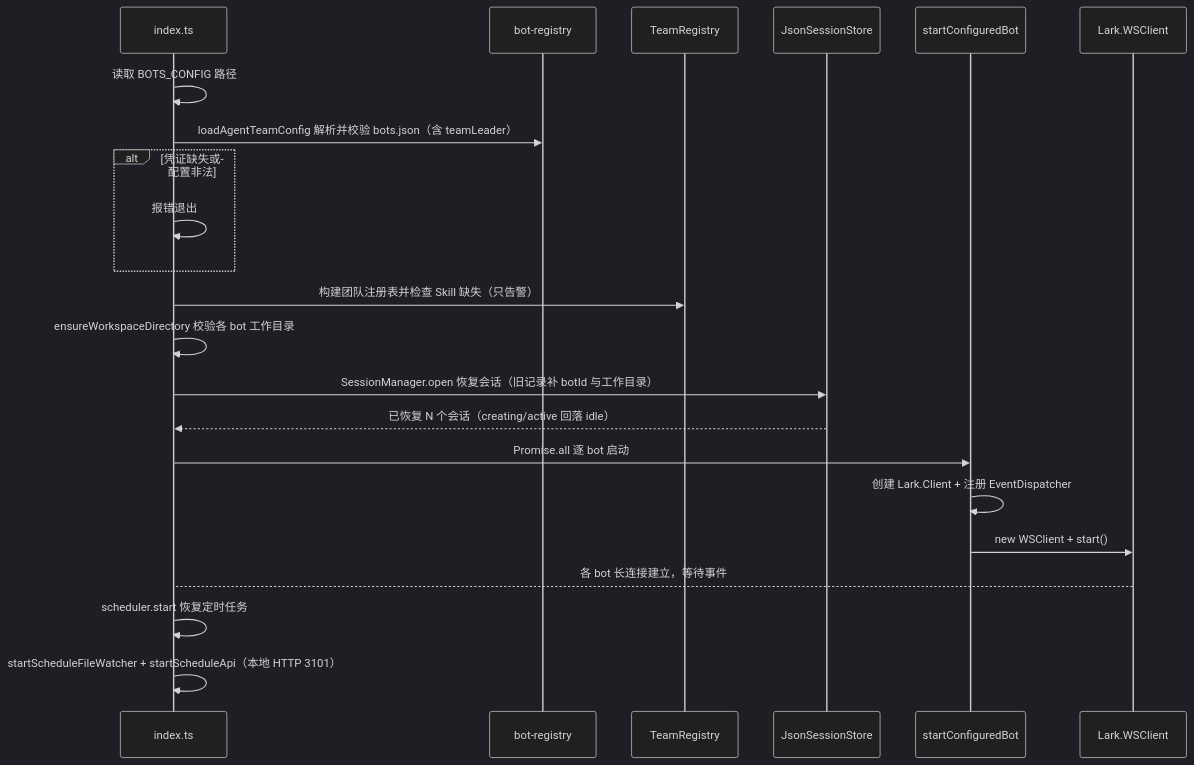
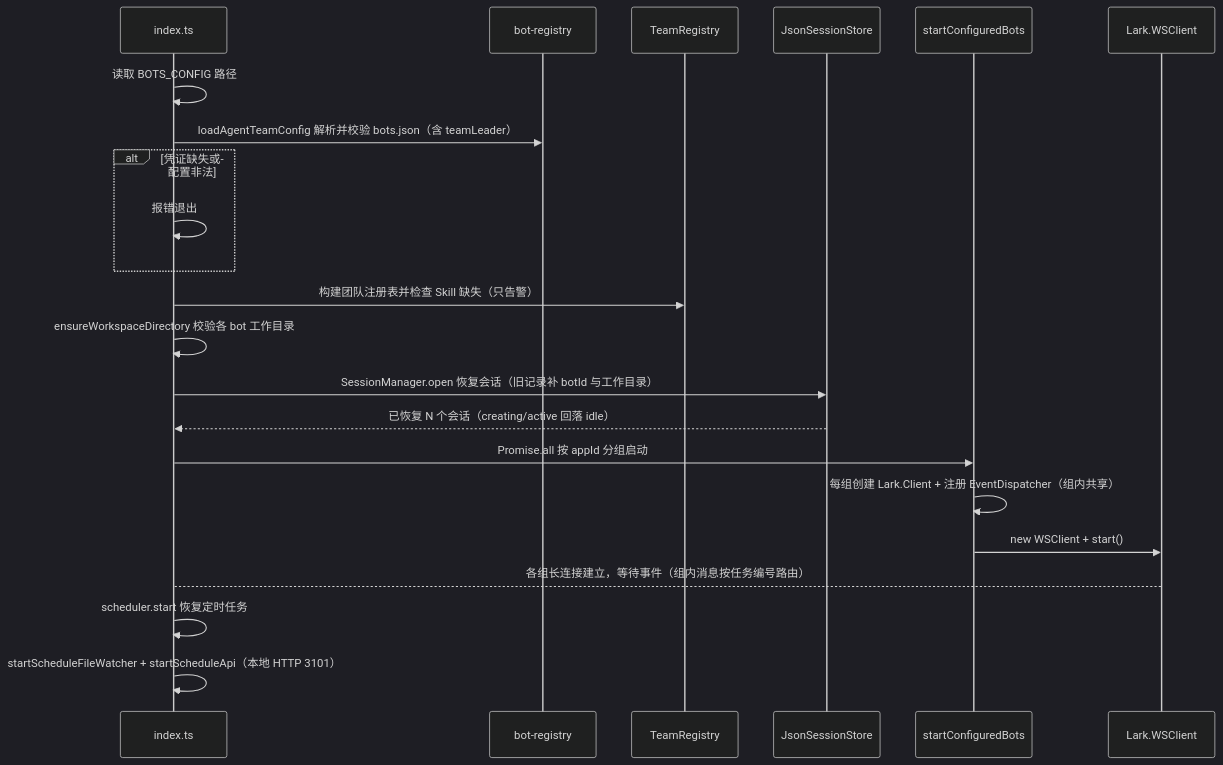
One commit to CerrorJ/Agent-Team changed the second of 2 diagrams in openwiki/architecture/overview.md. Above: the diagram before and after it, drawn with Mermaid (dark theme). The commit also changed other lines of this file and 8 other files, not shown here.

````diff
--- a/openwiki/architecture/overview.md
+++ b/openwiki/architecture/overview.md
@@ -153,25 +153,25 @@
 ```mermaid
 sequenceDiagram
     participant Entry as index.ts
     participant Reg as bot-registry
     participant Team as TeamRegistry
     participant Store as JsonSessionStore
-    participant Bot as startConfiguredBot
+    participant Bot as startConfiguredBots
     participant WS as Lark.WSClient
 
     Entry->>Entry: 读取 BOTS_CONFIG 路径
     Entry->>Reg: loadAgentTeamConfig 解析并校验 bots.json（含 teamLeader）
     alt 凭证缺失或配置非法
         Entry->>Entry: 报错退出
     end
     Entry->>Team: 构建团队注册表并检查 Skill 缺失（只告警）
     Entry->>Entry: ensureWorkspaceDirectory 校验各 bot 工作目录
     Entry->>Store: SessionManager.open 恢复会话（旧记录补 botId 与工作目录）
     Store-->>Entry: 已恢复 N 个会话（creating/active 回落 idle）
-    Entry->>Bot: Promise.all 逐 bot 启动
-    Bot->>Bot: 创建 Lark.Client + 注册 EventDispatcher
+    Entry->>Bot: Promise.all 按 appId 分组启动
+    Bot->>Bot: 每组创建 Lark.Client + 注册 EventDispatcher（组内共享）
     Bot->>WS: new WSClient + start()
-    WS-->Entry: 各 bot 长连接建立，等待事件
+    WS-->Entry: 各组长连接建立，等待事件（组内消息按任务编号路由）
     Entry->>Entry: scheduler.start 恢复定时任务
     Entry->>Entry: startScheduleFileWatcher + startScheduleApi（本地 HTTP 3101）
 ```
````
